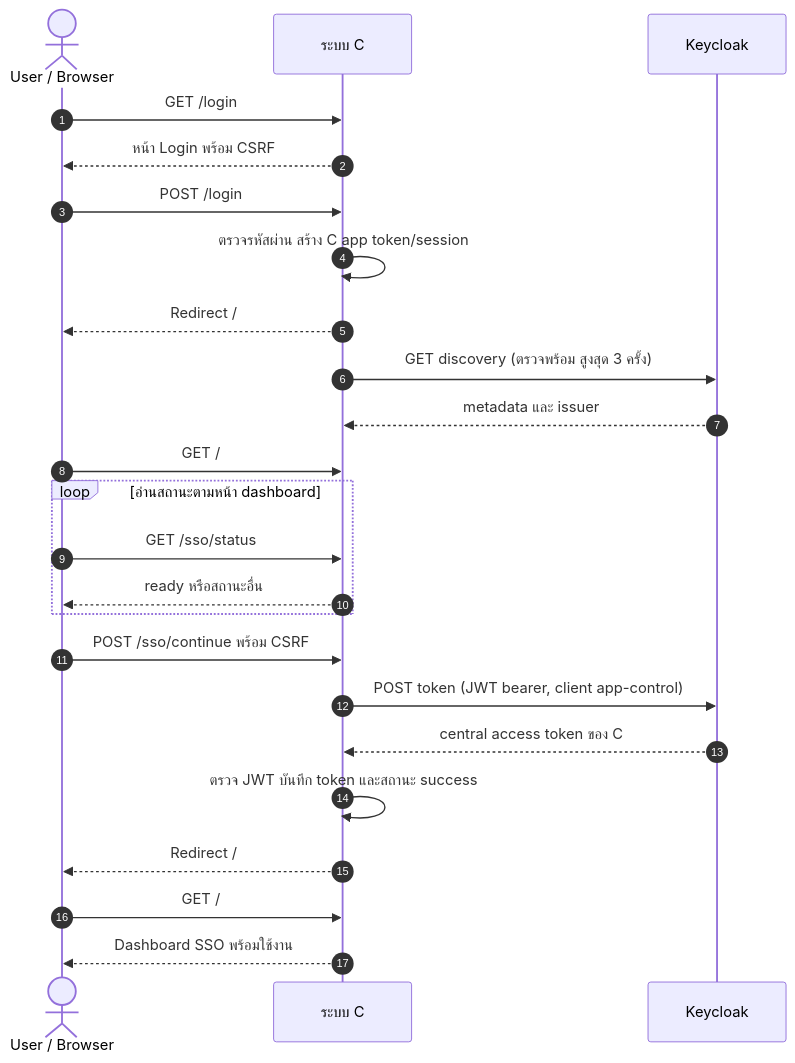
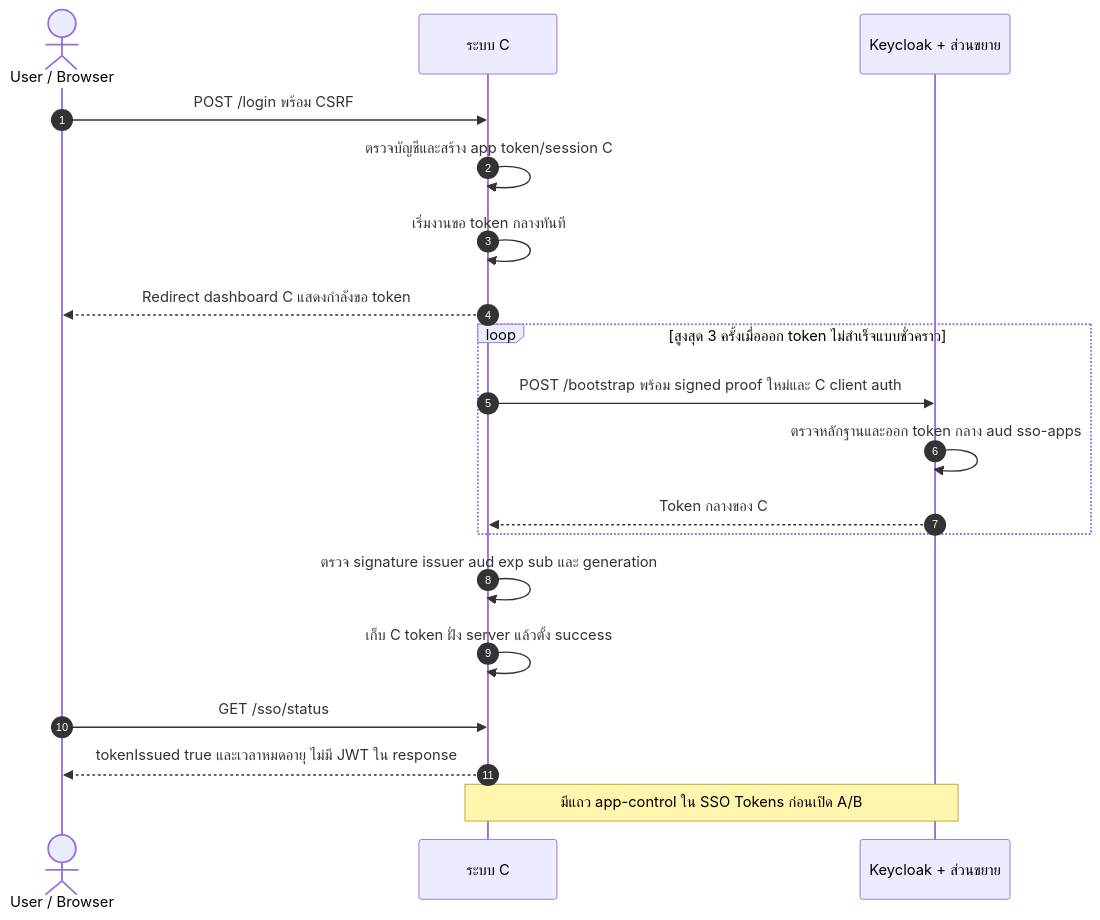
Before and after one commit to Sin1apachai/poc_sso: the third of 20 diagrams in docs/flows/LOGIN-AND-SESSION.md, drawn with Mermaid. The commit also changed other lines of this file and 149 other files, not shown here.

First line of the commit message:
Use one shared SSO token and simplify login handoff

````diff
--- a/docs/flows/LOGIN-AND-SESSION.md
+++ b/docs/flows/LOGIN-AND-SESSION.md
@@ -50,26 +48,21 @@
 ```mermaid
 sequenceDiagram
     autonumber
     actor U as User / Browser
     participant C as ระบบ C
-    participant K as Keycloak
-    U->>C: GET /login
-    C-->>U: หน้า Login พร้อม CSRF
-    U->>C: POST /login
-    C->>C: ตรวจรหัสผ่าน สร้าง C app token/session
-    C-->>U: Redirect /
-    C->>K: GET discovery (ตรวจพร้อม สูงสุด 3 ครั้ง)
-    K-->>C: metadata และ issuer
-    U->>C: GET /
-    loop อ่านสถานะตามหน้า dashboard
-        U->>C: GET /sso/status
-        C-->>U: ready หรือสถานะอื่น
+    participant K as Keycloak + ส่วนขยาย
+    U->>C: POST /login พร้อม CSRF
+    C->>C: ตรวจบัญชีและสร้าง app token/session C
+    C->>C: เริ่มงานขอ token กลางทันที
+    C-->>U: Redirect dashboard C แสดงกำลังขอ token
+    loop สูงสุด 3 ครั้งเมื่อออก token ไม่สำเร็จแบบชั่วคราว
+        C->>K: POST /bootstrap พร้อม signed proof ใหม่และ C client auth
+        K->>K: ตรวจหลักฐานและออก token กลาง aud sso-apps
+        K-->>C: Token กลางของ C
     end
-    U->>C: POST /sso/continue พร้อม CSRF
-    C->>K: POST token (JWT bearer, client app-control)
-    K-->>C: central access token ของ C
-    C->>C: ตรวจ JWT บันทึก token และสถานะ success
-    C-->>U: Redirect /
-    U->>C: GET /
-    C-->>U: Dashboard SSO พร้อมใช้งาน
+    C->>C: ตรวจ signature issuer aud exp sub และ generation
+    C->>C: เก็บ C token ฝั่ง server แล้วตั้ง success
+    U->>C: GET /sso/status
+    C-->>U: tokenIssued true และเวลาหมดอายุ ไม่มี JWT ใน response
+    Note over C,K: มีแถว app-control ใน SSO Tokens ก่อนเปิด A/B
 ```
````
